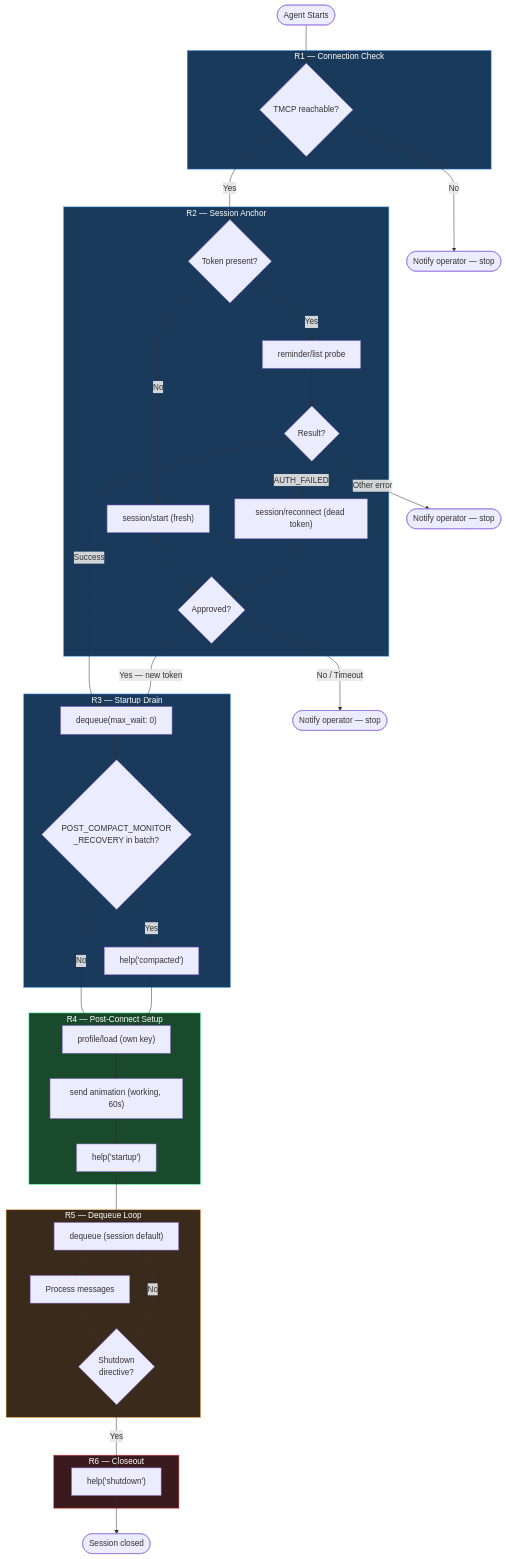
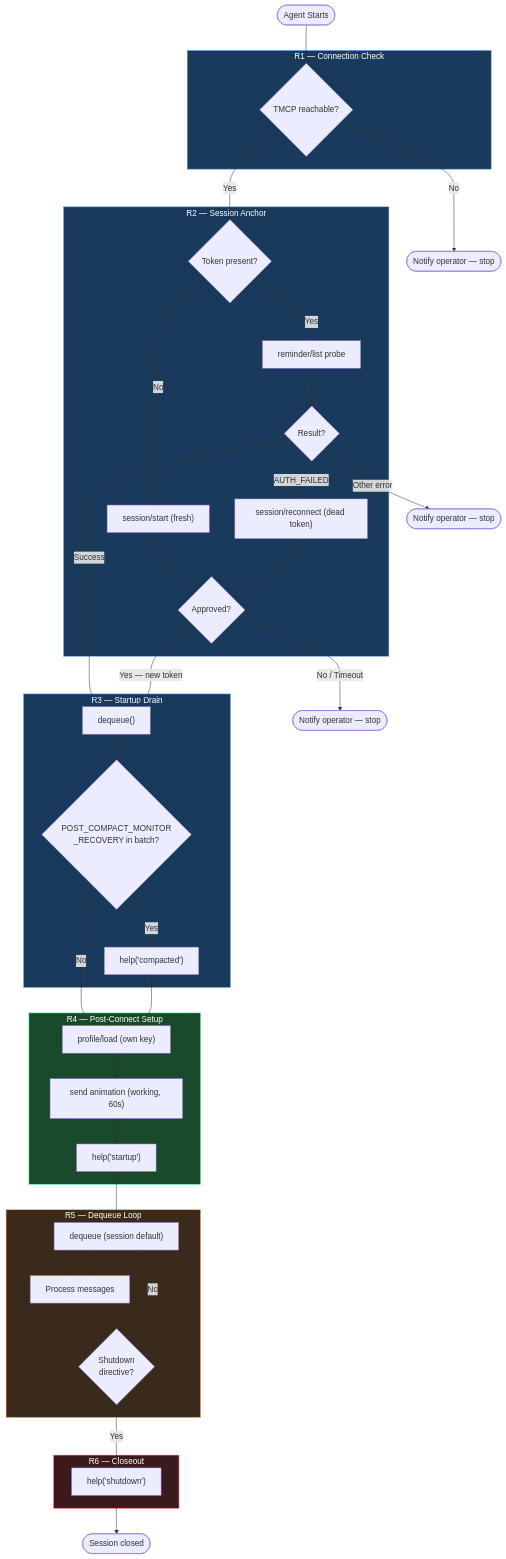
One commit to electrified-cortex/Telegram-Bridge-MCP changed the diagram in skills/telegram-participation/spec.md. Above: the diagram before and after it, drawn with Mermaid. The commit also changed other lines of this file and 38 other files, not shown here.

````diff
--- a/skills/telegram-participation/spec.md
+++ b/skills/telegram-participation/spec.md
@@ -19,67 +19,67 @@
 ```mermaid
 flowchart TD
     START([Agent Starts]) --> R1A
 
     subgraph R1["R1 — Connection Check"]
         R1A{TMCP reachable?}
     end
     R1A -->|No| STOP1([Notify operator — stop])
     R1A -->|Yes| R2A
 
     subgraph R2["R2 — Session Anchor"]
         R2A{Token present?}
         R2B["reminder/list probe"]
         R2C{Result?}
         R2D["session/start (fresh)"]
         R2E["session/reconnect (dead token)"]
         R2F{Approved?}
     end
     R2A -->|Yes| R2B
     R2A -->|No| R2D
     R2B --> R2C
     R2C -->|Success| R3A
     R2C -->|AUTH_FAILED| R2E
     R2C -->|Other error| STOP2([Notify operator — stop])
     R2D & R2E --> R2F
     R2F -->|Yes — new token| R3A
     R2F -->|No / Timeout| STOP3([Notify operator — stop])
 
     subgraph R3["R3 — Startup Drain"]
-        R3A["dequeue(max_wait: 0)"]
+        R3A["dequeue()"]
         R3B{POST_COMPACT_MONITOR\n_RECOVERY in batch?}
         R3C["help('compacted')"]
     end
     R3A --> R3B
     R3B -->|Yes| R3C
     R3B -->|No| R4A
     R3C --> R4A
 
     subgraph R4["R4 — Post-Connect Setup"]
         R4A["profile/load (own key)"]
         R4B["send animation (working, 60s)"]
         R4C["help('startup')"]
     end
     R4A --> R4B --> R4C --> R5A
 
     subgraph R5["R5 — Dequeue Loop"]
         R5A["dequeue (session default)"]
         R5B[Process messages]
         R5C{Shutdown\ndirective?}
     end
     R5A --> R5B
     R5B --> R5C
     R5C -->|No| R5A
     R5C -->|Yes| R6A
 
     subgraph R6["R6 — Closeout"]
         R6A["help('shutdown')"]
     end
     R6A --> END([Session closed])
 
     style R1 fill:#1a3a5c,stroke:#4a9eff,color:#fff
     style R2 fill:#1a3a5c,stroke:#4a9eff,color:#fff
     style R3 fill:#1a3a5c,stroke:#4a9eff,color:#fff
     style R4 fill:#1a4a2c,stroke:#4aff9e,color:#fff
     style R5 fill:#3a2a1c,stroke:#ffaa4a,color:#fff
     style R6 fill:#3a1a1c,stroke:#ff4a4a,color:#fff
 ```
````
